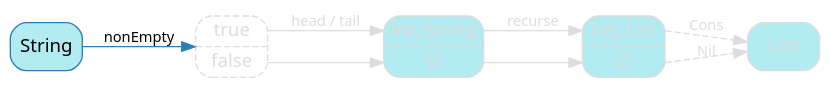
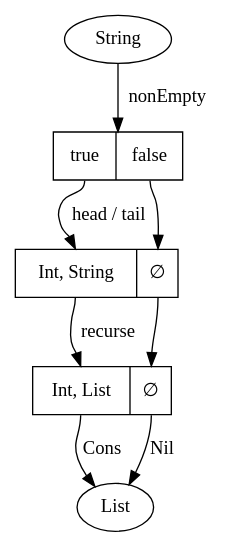
One commit to nrinaudo/recursion-schemes-from-the-ground-up changed the diagram in src/graphviz/unfold-init-hl-2.dot. Above: the diagram before and after it, drawn with Graphviz. The commit also changed 205 other files, not shown here.

Commit message:
Use graphviz stylesheets

```diff
--- a/src/graphviz/unfold-init-hl-2.dot
+++ b/src/graphviz/unfold-init-hl-2.dot
@@ -1,22 +1,17 @@
 digraph {
-    bgcolor=transparent
-    splines=false
-    rankdir=LR
+    String
+    ListStruct[shape=record label="<cons> Int, List| <nil> ∅" class="disabled"]
+    ListStruct2[shape=record label="<cons> Int, String| <nil> ∅" class="disabled"]
+    choice[shape=record label="<true> true|<false> false" class="predicate,disabled"]
+    List[class="disabled"]
 
-    // Default theme: disabled
-    node[shape="rectangle" style="rounded,filled" color="#dddddd" fillcolor="#b2ebf2" fontcolor="#dddddd" fontname="Segoe UI,Roboto,Helvetica,Arial,sans-serif"]
-    edge [color="#dddddd" fontcolor="#dddddd" fontname="Segoe UI,Roboto,Helvetica,Arial,sans-serif" fontsize=11]
+    String -> choice[label=nonEmpty]
 
-    String[color="#2980B9" fillcolor="#b2ebf2" fontcolor="#000000"]
-    ListStruct[shape=record label="<cons> Int, List| <nil> ∅"]
-    ListStruct2[shape=record label="<cons> Int, String| <nil> ∅"]
-    choice[shape=record label="<true> true|<false> false" style="dashed,rounded"]
+    choice:true -> ListStruct2:cons[label="head / tail" class="disabled"]
+    choice:false -> ListStruct2:nil[class="disabled"]
 
-    String           -> choice[label=nonEmpty color="#2980B9" fontcolor="#000000"]
-    choice:true      -> ListStruct2:cons[label="head / tail"]
-    choice:false     -> ListStruct2:nil
-    ListStruct2:cons -> ListStruct:cons [label=recurse]
-    ListStruct2:nil  -> ListStruct:nil
-    ListStruct:cons  -> List [style=dashed label="Cons"]
-    ListStruct:nil   -> List [style=dashed label="Nil"]
+    ListStruct2:cons -> ListStruct:cons [label=recurse class="disabled"]
+    ListStruct2:nil  -> ListStruct:nil[class="disabled"]
+    ListStruct:cons  -> List [label="Cons" class="pattern,disabled"]
+    ListStruct:nil   -> List [label="Nil" class="pattern,disabled"]
 }
```
